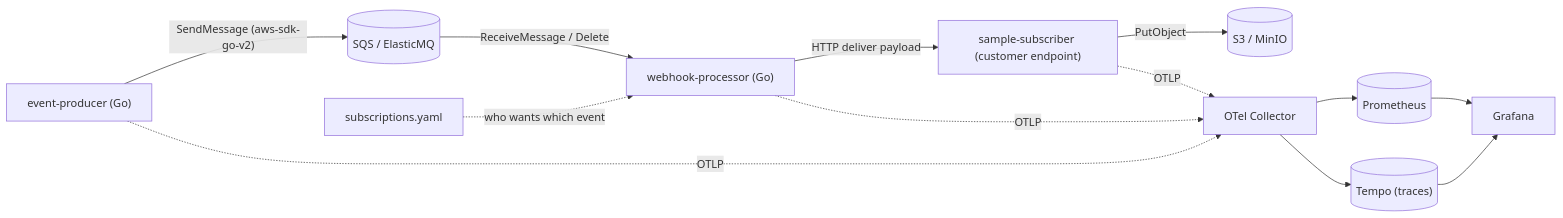
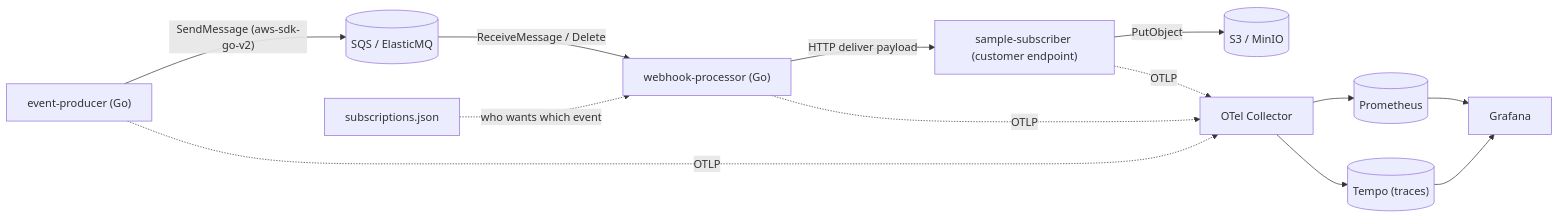
The first of 2 diagrams in docs/Architecture.md (dev-khalid/hookwave), drawn with Mermaid before and after one commit. The commit also changed other lines of this file and 15 other files, not shown here.

````diff
--- a/docs/Architecture.md
+++ b/docs/Architecture.md
@@ -26,15 +26,15 @@
 ```mermaid
 flowchart LR
   Producer["event-producer (Go)"] -->|"SendMessage (aws-sdk-go-v2)"| Queue[("SQS / ElasticMQ")]
   Queue -->|"ReceiveMessage / Delete"| Processor["webhook-processor (Go)"]
-  Subs["subscriptions.yaml"] -.->|"who wants which event"| Processor
+  Subs["subscriptions.json"] -.->|"who wants which event"| Processor
   Processor -->|"HTTP deliver payload"| Subscriber["sample-subscriber (customer endpoint)"]
   Subscriber -->|"PutObject"| Store[("S3 / MinIO")]
   Producer -. OTLP .-> Collector["OTel Collector"]
   Processor -. OTLP .-> Collector
   Subscriber -. OTLP .-> Collector
   Collector --> Prom[("Prometheus")]
   Collector --> Tempo[("Tempo (traces)")]
   Prom --> Graf["Grafana"]
   Tempo --> Graf
 ```
````
